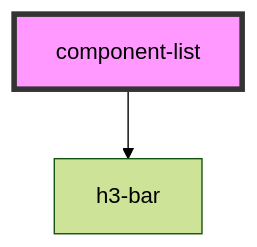
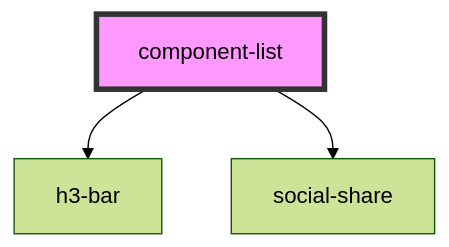
The diagram in site/src/components/component-list/readme.md (pizza-to-the-polls/power-the-polls), drawn with Mermaid (forest theme) before and after one commit. The commit also changed other lines of this file and 2 other files, not shown here.

Commit message:
removed extraneous package.json

````diff
--- a/site/src/components/component-list/readme.md
+++ b/site/src/components/component-list/readme.md
@@ -15,5 +16,6 @@
 ```mermaid
 graph TD;
   component-list --> h3-bar
+  component-list --> social-share
   style component-list fill:#f9f,stroke:#333,stroke-width:4px
 ```
````
